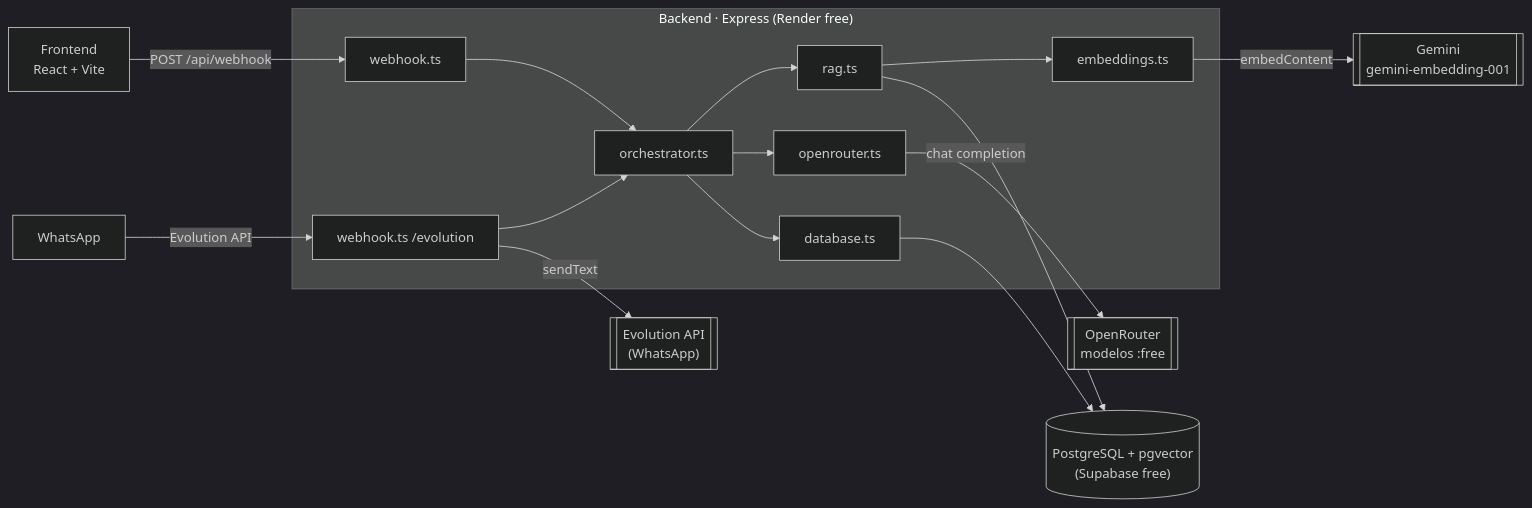
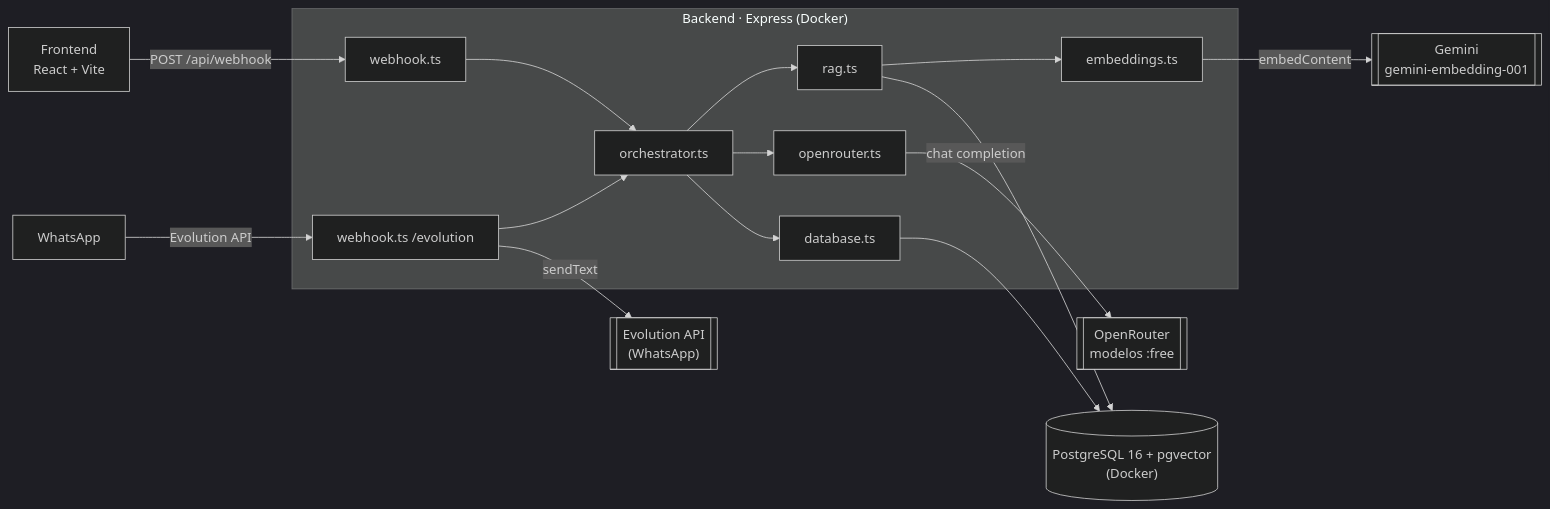
The first of 2 diagrams in docs-site/docs/arquitetura.md (Nanashii76/PETSAUDE-chatbot), drawn with Mermaid (dark theme) before and after one commit. The commit also changed other lines of this file and 8 other files, not shown here.

Commit message:
docs: publish new PostgreSQL data model and migration guide

````diff
--- a/docs-site/docs/arquitetura.md
+++ b/docs-site/docs/arquitetura.md
@@ -25,27 +27,27 @@
 ```mermaid
 flowchart LR
   FE["Frontend<br/>React + Vite"] -->|"POST /api/webhook"| WH
   WA["WhatsApp"] -->|"Evolution API"| WHE
 
-  subgraph BACKEND["Backend · Express (Render free)"]
+  subgraph BACKEND["Backend · Express (Docker)"]
     WH["webhook.ts"]
     WHE["webhook.ts /evolution"]
     ORC["orchestrator.ts"]
     RAG["rag.ts"]
     OR["openrouter.ts"]
     EMB["embeddings.ts"]
     DBS["database.ts"]
     WH --> ORC
     WHE --> ORC
     ORC --> RAG
     ORC --> OR
     ORC --> DBS
     RAG --> EMB
   end
 
   OR -->|"chat completion"| ORT[["OpenRouter<br/>modelos :free"]]
   EMB -->|"embedContent"| GEM[["Gemini<br/>gemini-embedding-001"]]
-  DBS --> PG[("PostgreSQL + pgvector<br/>(Supabase free)")]
+  DBS --> PG[("PostgreSQL 16 + pgvector<br/>(Docker)")]
   RAG --> PG
   WHE -->|"sendText"| EVO[["Evolution API<br/>(WhatsApp)"]]
 ```
````
